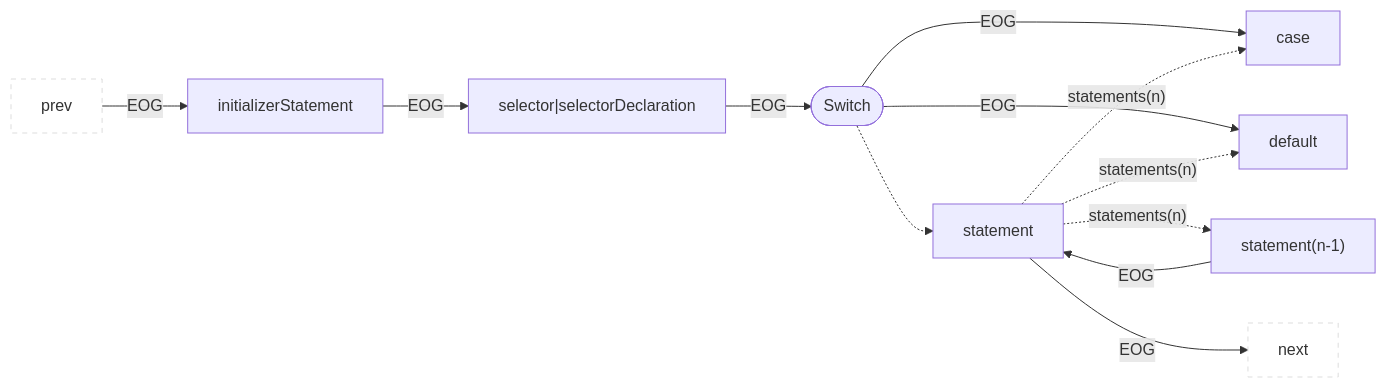
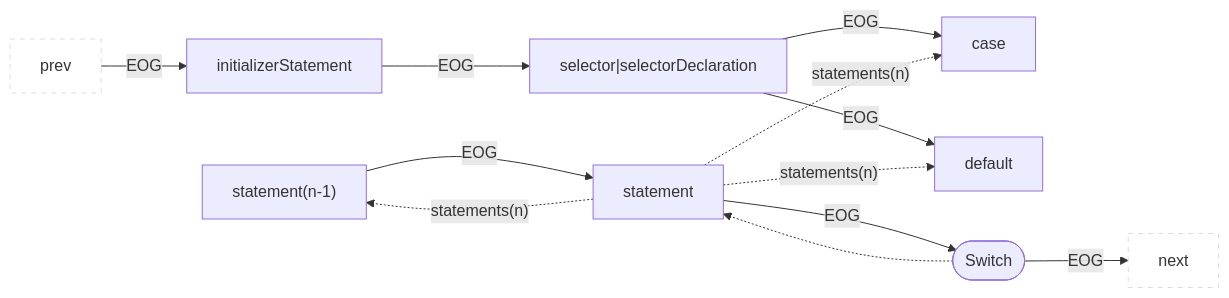
One commit to Fraunhofer-AISEC/cpg changed diagram 40 of 49 in docs/docs/CPG/specs/eog.md. Above: the diagram before and after it, drawn with Mermaid. The commit also changed other lines of this file, not shown here.

Commit message:
Adapt specification for EOG

````diff
--- a/docs/docs/CPG/specs/eog.md
+++ b/docs/docs/CPG/specs/eog.md
@@ -811,15 +810,15 @@
 ```mermaid
 flowchart LR
   classDef outer fill:#fff,stroke:#ddd,stroke-dasharray:5 5;
   prev:::outer --EOG--> child1["initializerStatement"]
   child1 --EOG--> child2["selector|selectorDeclaration"]
-  child2 --EOG--> parent
-  parent(["Switch"]) --EOG--> child4["case"]
-  parent --EOG--> child5["default"]
+  child2 --EOG--> child4["case"]
+  child2 --EOG--> child5["default"]
   child7["statement(n-1)"] --EOG--> child6["statement"]
-  parent -.->child6
+  parent(["Switch"]) -.->child6
   child6 -."statements(n)".-> child4
   child6 -."statements(n)".-> child5
   child6 -."statements(n)".-> child7
-  child6 --EOG--> next:::outer
+  child6 --EOG--> parent
+  parent --EOG--> next:::outer
 ```
````
